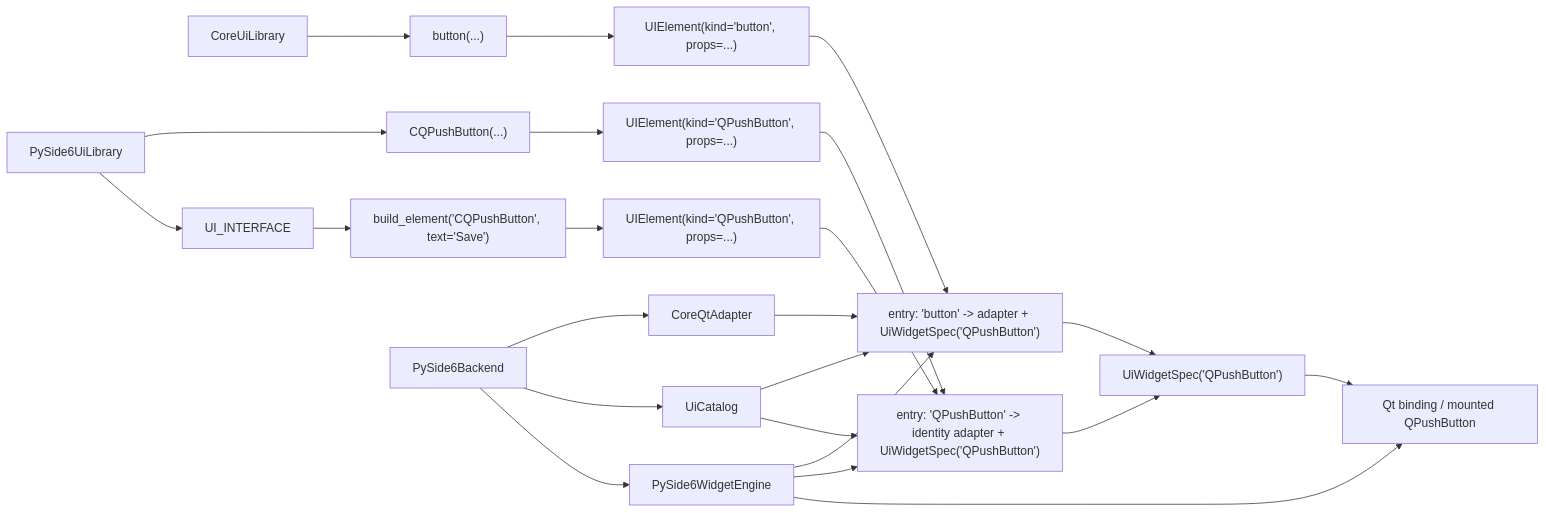
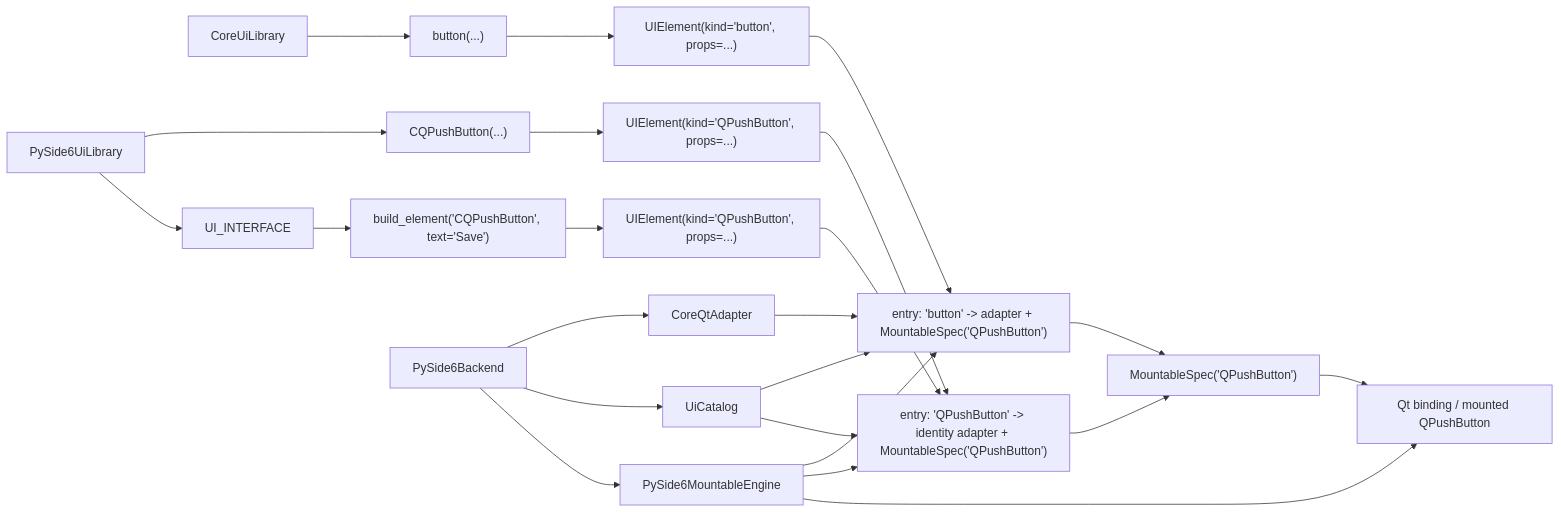
The second of 2 diagrams in dev-docs/GenericReconcilerApiProposal.md (owebeeone/pyrolyze), drawn with Mermaid before and after one commit. The commit also changed other lines of this file and 14 other files, not shown here.

````diff
--- a/dev-docs/GenericReconcilerApiProposal.md
+++ b/dev-docs/GenericReconcilerApiProposal.md
@@ -918,30 +948,30 @@
 ```mermaid
 flowchart LR
     core["CoreUiLibrary"] --> corebtn["button(...)"]
     qtlib["PySide6UiLibrary"] --> qtpush["CQPushButton(...)"]
     qtlib --> iface["UI_INTERFACE"]
 
     corebtn --> e1["UIElement(kind='button', props=...)"]
     qtpush --> e2["UIElement(kind='QPushButton', props=...)"]
     iface --> e3["build_element('CQPushButton', text='Save')"]
     e3 --> e4["UIElement(kind='QPushButton', props=...)"]
 
     backend["PySide6Backend"] --> adapter["CoreQtAdapter"]
     backend --> catalog["UiCatalog"]
     backend --> engine["PySide6WidgetEngine"]
 
-    catalog --> entry1["entry: 'button' -> adapter + UiWidgetSpec('QPushButton')"]
-    catalog --> entry2["entry: 'QPushButton' -> identity adapter + UiWidgetSpec('QPushButton')"]
+    catalog --> entry1["entry: 'button' -> adapter + MountableSpec('QPushButton')"]
+    catalog --> entry2["entry: 'QPushButton' -> identity adapter + MountableSpec('QPushButton')"]
 
     adapter --> entry1
     e1 --> entry1
     e2 --> entry2
     e4 --> entry2
 
-    entry1 --> spec["UiWidgetSpec('QPushButton')"]
+    entry1 --> spec["MountableSpec('QPushButton')"]
     entry2 --> spec
-    engine --> entry1
+    engine["PySide6MountableEngine"] --> entry1
     engine --> entry2
     engine --> binding["Qt binding / mounted QPushButton"]
     spec --> binding
 ```
````
